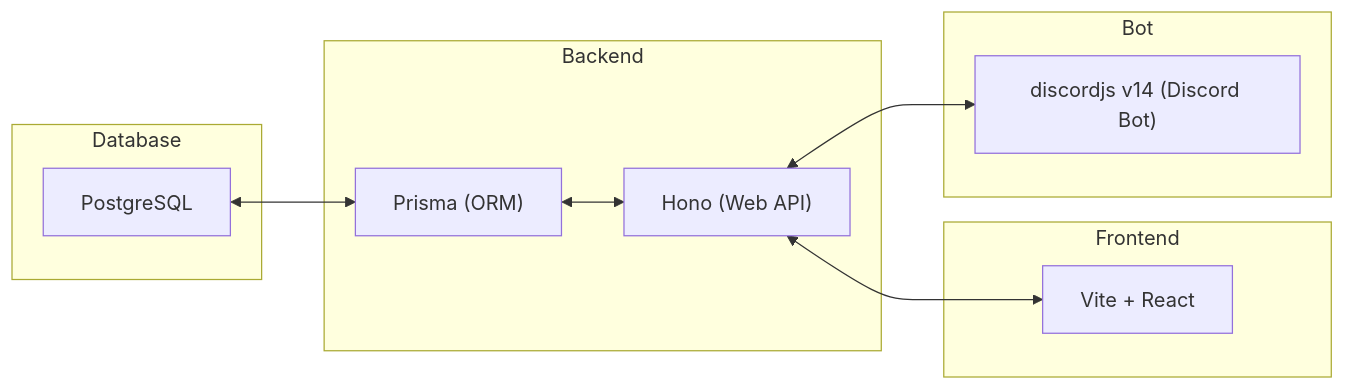
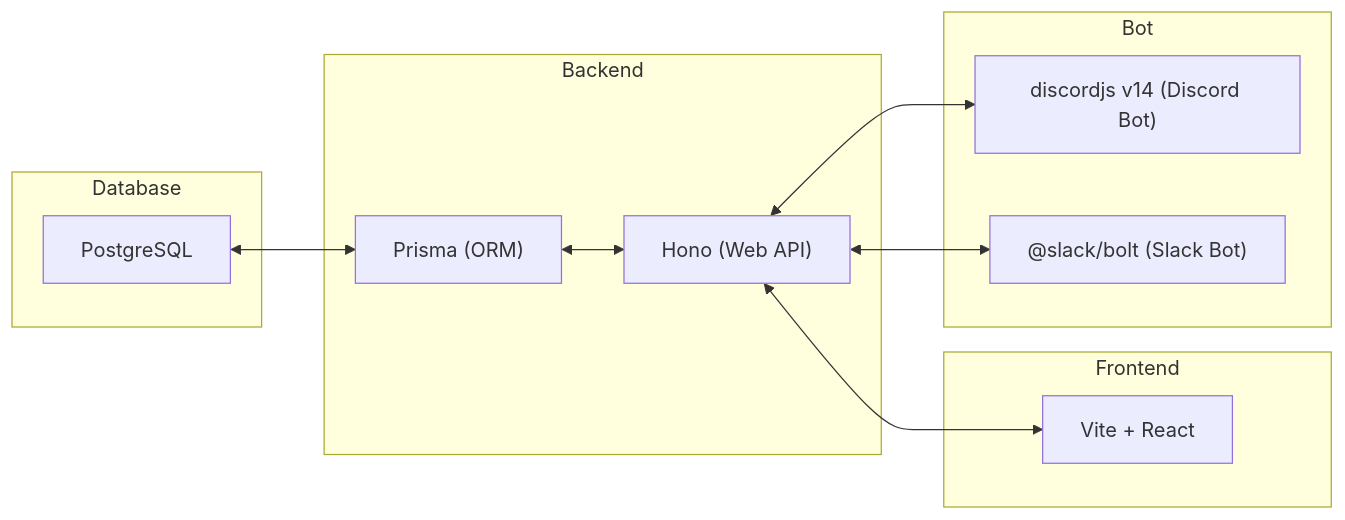
The first of 2 diagrams in README.md (Myxogastria0808/debt-manager), drawn with Mermaid before and after one commit. The commit also changed other lines of this file and 5 other files, not shown here.

````diff
--- a/README.md
+++ b/README.md
@@ -33,18 +52,20 @@
 ```mermaid
 graph LR;
     subgraph Database
     db["PostgreSQL"]
     end
     db["PostgreSQL"] <--> prisma["Prisma (ORM)"]
     subgraph Backend
         prisma["Prisma (ORM)"] <--> hono["Hono (Web API)"]
     end
     hono["Hono (Web API)"] <--> frontend["Vite + React"]
     subgraph Frontend
         frontend["Vite + React"]
     end
-    hono["Hono (Web API)"] <--> bot["discordjs v14 (Discord Bot)"]
+    hono["Hono (Web API)"] <--> discord["discordjs v14 (Discord Bot)"]
+    hono["Hono (Web API)"] <--> slack["@slack/bolt (Slack Bot)"]
     subgraph Bot
-        bot["discordjs v14 (Discord Bot)"]
+        discord["discordjs v14 (Discord Bot)"]
+        slack["@slack/bolt (Slack Bot)"]
     end
 ```
````
